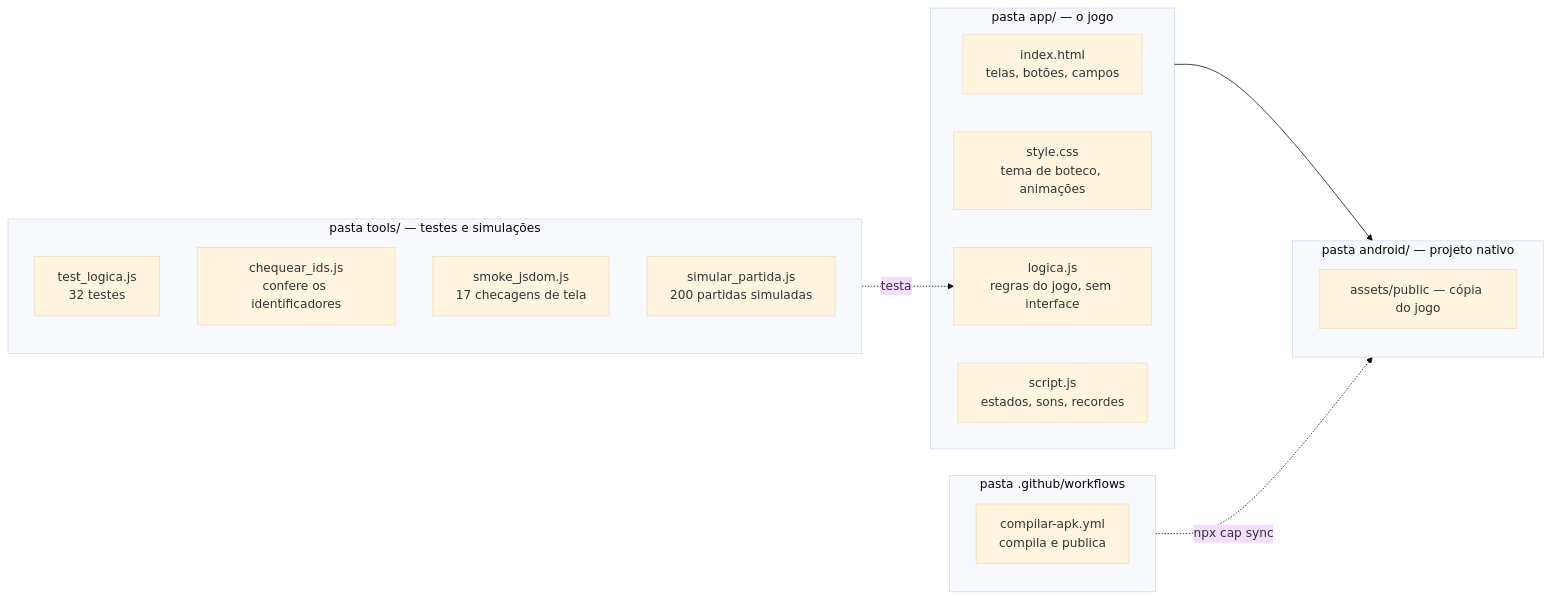
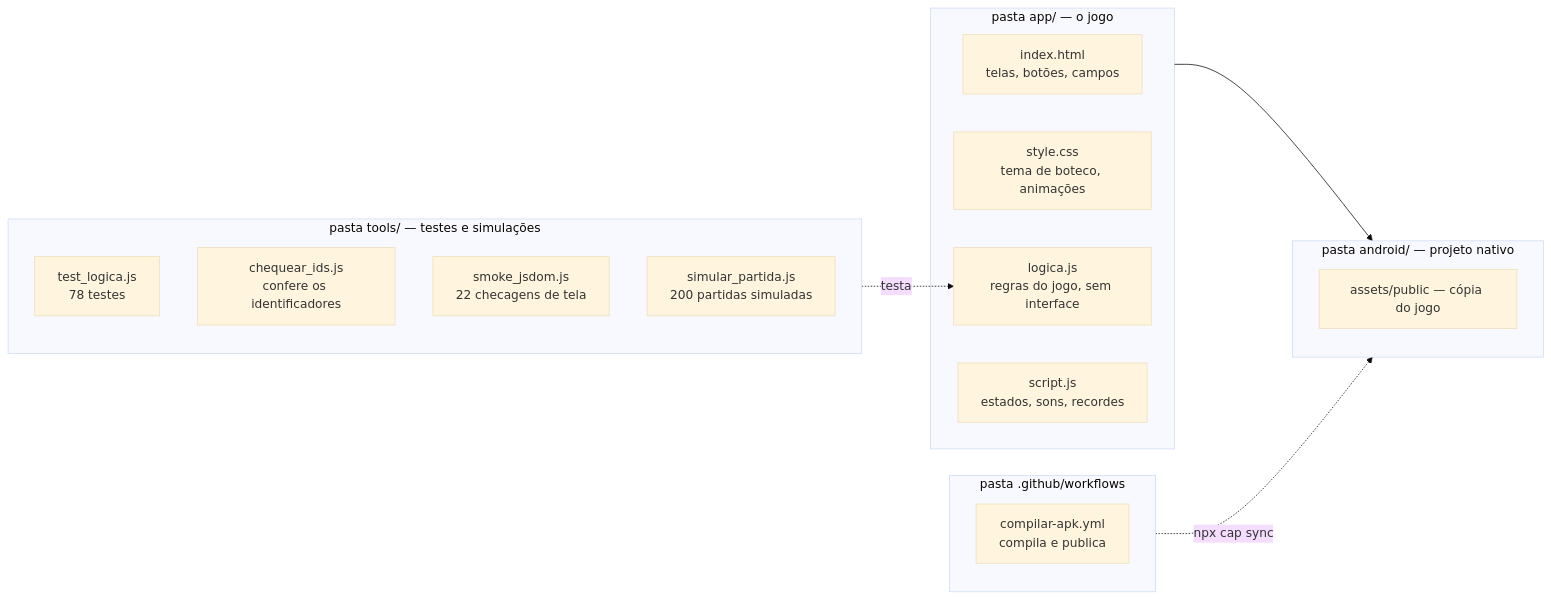
One commit to Lokan96/poker-do-caos changed the second of 5 diagrams in README.md. Above: the diagram before and after it, drawn with Mermaid (base theme). The commit also changed other lines of this file and 10 other files, not shown here.

````diff
--- a/README.md
+++ b/README.md
@@ -66,24 +68,24 @@
 ```mermaid
 flowchart LR
     subgraph APP["pasta app/ — o jogo"]
         HTML["index.html<br/>telas, botões, campos"]
         CSS["style.css<br/>tema de boteco, animações"]
         LOG["logica.js<br/>regras do jogo, sem interface"]
         SCR["script.js<br/>estados, sons, recordes"]
     end
     subgraph FERR["pasta tools/ — testes e simulações"]
-        T1["test_logica.js<br/>32 testes"]
+        T1["test_logica.js<br/>78 testes"]
         T2["chequear_ids.js<br/>confere os identificadores"]
-        T3["smoke_jsdom.js<br/>17 checagens de tela"]
+        T3["smoke_jsdom.js<br/>22 checagens de tela"]
         T4["simular_partida.js<br/>200 partidas simuladas"]
     end
     subgraph AND["pasta android/ — projeto nativo"]
         A2["assets/public — cópia do jogo"]
     end
     subgraph CIP["pasta .github/workflows"]
         W["compilar-apk.yml<br/>compila e publica"]
     end
     APP --> AND
     FERR -.testa.-> LOG
     CIP -.npx cap sync.-> AND
 ```
````
